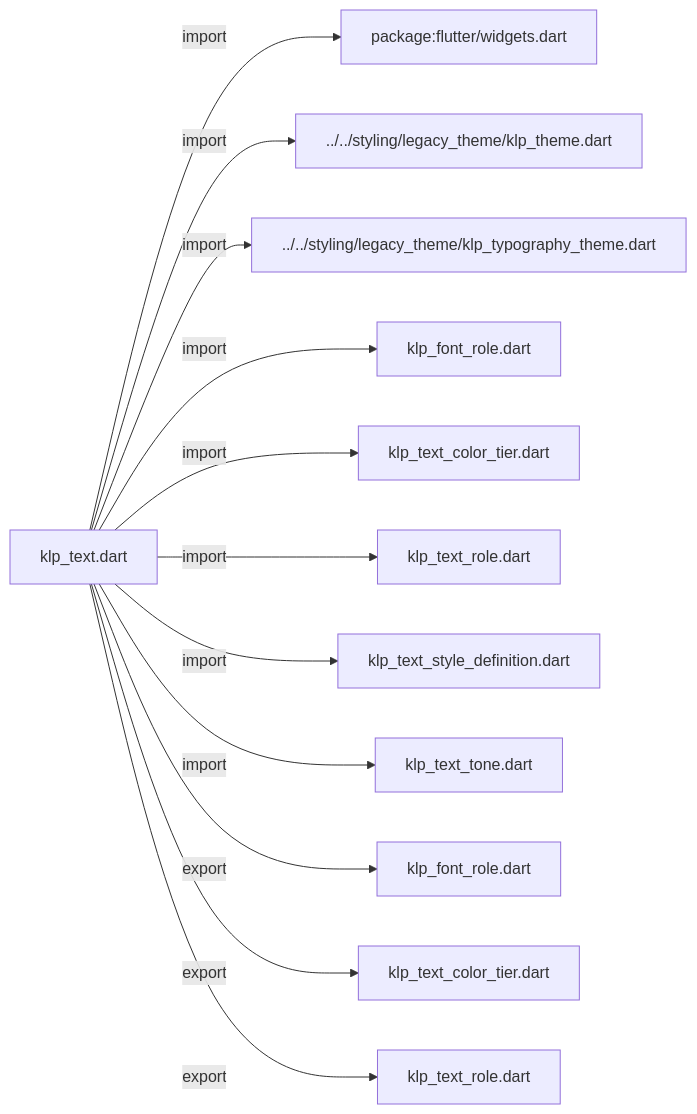
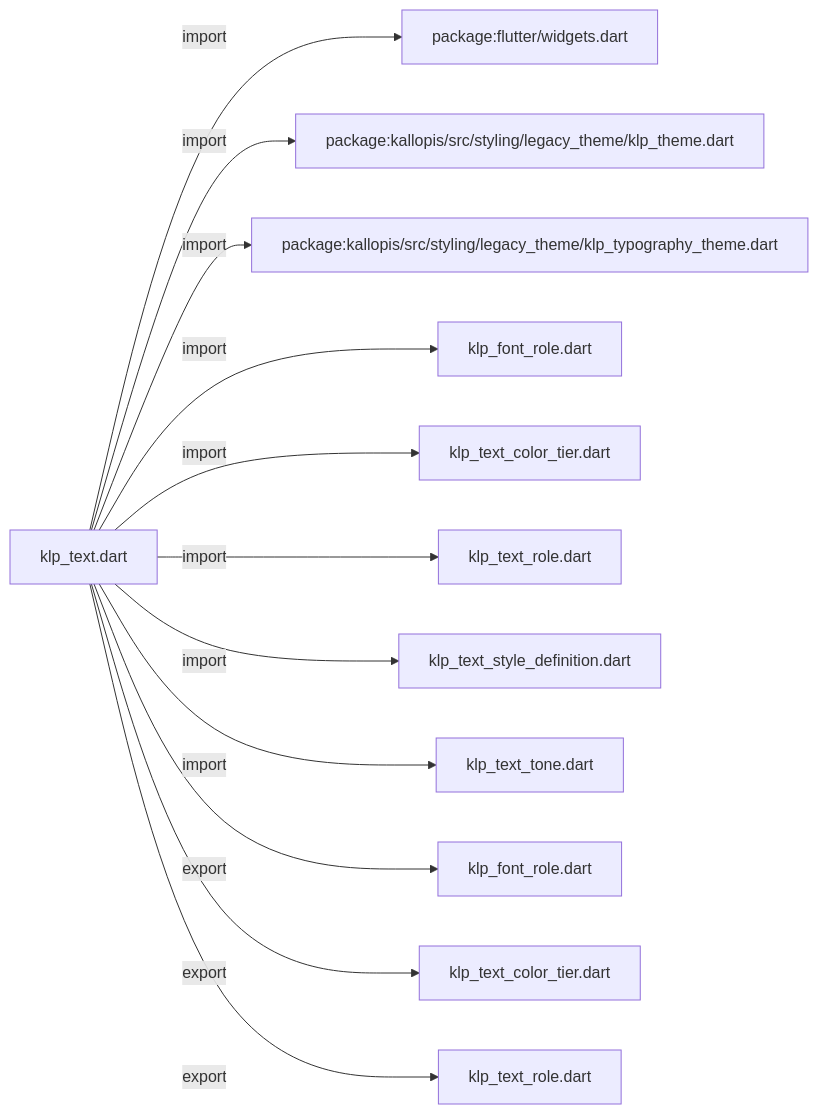
Before and after one commit to MiuDog/Kallopis: the first of 3 diagrams in docs/architecture/src/foundation/content/klp_text.md, drawn with Mermaid. The commit also changed other lines of this file and 9688 other files, not shown here.

Commit message:
Prepare isolated Flow F2 peer baseline

````diff
--- a/docs/architecture/src/foundation/content/klp_text.md
+++ b/docs/architecture/src/foundation/content/klp_text.md
@@ -11,26 +11,26 @@
 ```mermaid
 flowchart LR
 	n0["klp_text.dart"]
 	n1["package:flutter/widgets.dart"]
-	n2["../../styling/legacy_theme/klp_theme.dart"]
-	n3["../../styling/legacy_theme/klp_typography_theme.dart"]
+	n2["package:kallopis/src/styling/legacy_theme/klp_theme.dart"]
+	n3["package:kallopis/src/styling/legacy_theme/klp_typography_theme.dart"]
 	n4["klp_font_role.dart"]
 	n5["klp_text_color_tier.dart"]
 	n6["klp_text_role.dart"]
 	n7["klp_text_style_definition.dart"]
 	n8["klp_text_tone.dart"]
 	n9["klp_font_role.dart"]
 	n10["klp_text_color_tier.dart"]
 	n11["klp_text_role.dart"]
 	n0 -->|"import"| n1
 	n0 -->|"import"| n2
 	n0 -->|"import"| n3
 	n0 -->|"import"| n4
 	n0 -->|"import"| n5
 	n0 -->|"import"| n6
 	n0 -->|"import"| n7
 	n0 -->|"import"| n8
 	n0 -->|"export"| n9
 	n0 -->|"export"| n10
 	n0 -->|"export"| n11
 ```
````
